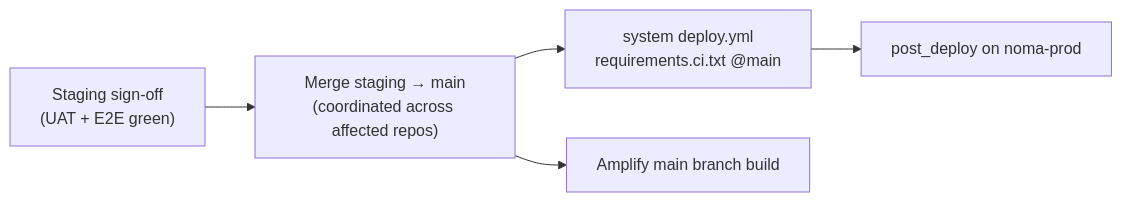
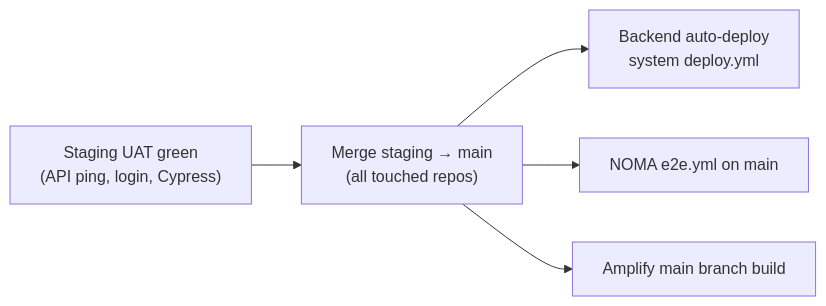
The seventh of 7 diagrams in CI_CD_FLOWCHART.md (Noma-Travel/system), drawn with Mermaid before and after one commit. The commit also changed other lines of this file, not shown here.

Commit message:
docs: clarify CI/CD flowchart — frontend paths, explicit test steps, failure notify

````diff
--- a/CI_CD_FLOWCHART.md
+++ b/CI_CD_FLOWCHART.md
@@ -187,10 +290,12 @@
 ```mermaid
 flowchart LR
-  STG_OK["Staging sign-off\n(UAT + E2E green)"]
-  MERGE["Merge staging → main\n(coordinated across affected repos)"]
-  PROD_DEPLOY["system deploy.yml\nrequirements.ci.txt @main"]
-  PROD_POST["post_deploy on noma-prod"]
-  PROD_FE["Amplify main branch build"]
-  STG_OK --> MERGE --> PROD_DEPLOY --> PROD_POST
-  MERGE --> PROD_FE
+  UAT["Staging UAT green\n(API ping, login, Cypress)"]
+  MERGE["Merge staging → main\n(all touched repos)"]
+  BE["Backend auto-deploy\nsystem deploy.yml"]
+  FE_GHA["NOMA e2e.yml on main"]
+  FE_AMP["Amplify main branch build"]
+  UAT --> MERGE
+  MERGE --> BE
+  MERGE --> FE_GHA
+  MERGE --> FE_AMP
 ```
````
